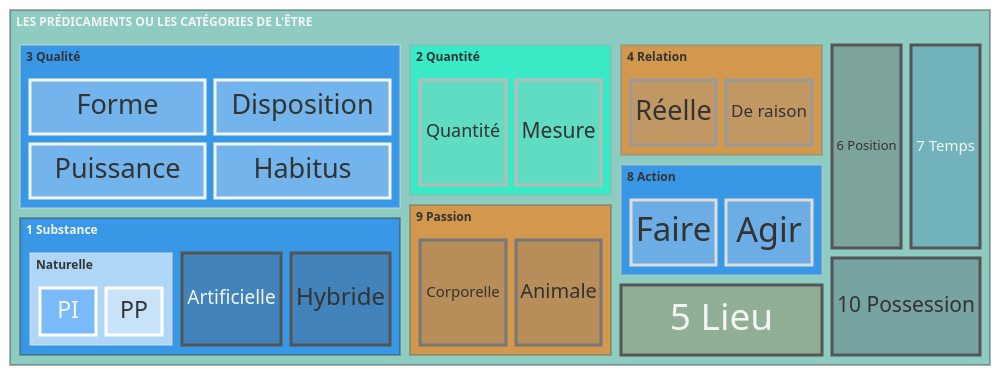
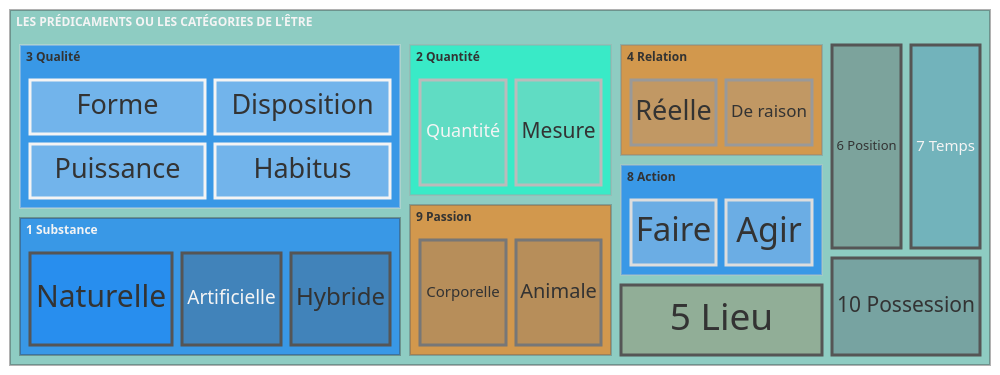
The diagram in prédicaments.mmd (IpadDilectio/Mairmaid), drawn with Mermaid before and after one commit.

Commit message:
Je suis revenu sur mes dernières modifications
J'avais fait des modifications en posant des questions à Gemini Pro mais en y regardant de plus prêt, cette IA est incapable de comprendre correctement ce dont il s'agit (ce qui est normal pour un ensemble d'algorithmes).
Je remets donc ce que j'avais fait auparavant, je change juste un peu la couleur de substance naturelle.

```diff
--- a/prédicaments.mmd
+++ b/prédicaments.mmd
@@ -1,46 +1,44 @@
 ---
 config:
   theme: neutral
   themeVariables:
     fontFamily: verdana
   treemap:
     showValues: false
     labelFontSize: 24
 ---
 treemap-beta
 "LES PRÉDICAMENTS OU LES CATÉGORIES DE L'ÊTRE":::menthe
   "1 Substance":::azul
-    "Naturelle"
-      "PI": 14:::azul
-      "PP": 14
+    "Naturelle": 28:::azul
     "Artificielle": 20
     "Hybride": 20
   "2 Quantité":::turquoise
     "Quantité": 20
     "Mesure": 20
   "3 Qualité":::azul
     "Forme": 20
     "Puissance": 20
     "Disposition": 20
     "Habitus": 20
   "4 Relation":::orange
     "Réelle": 15
     "De raison": 15
   "5 Lieu": 20:::ocre
   "6 Position": 20:::marron
   "7 Temps": 20:::bleu
   "8 Action":::azul
     "Faire": 15
     "Agir": 15
   "9 Passion":::orange
     "Corporelle": 20
     "Animale": 20
   "10 Possession": 20:::ardoise
 classDef azul fill:#07F
 classDef turquoise fill:#0FC
 classDef orange fill:#F70
 classDef ocre fill:#963
 classDef bleu fill:#37A
 classDef menthe fill:#4A9
 classDef marron fill:#544
 classDef ardoise fill:#445
```
